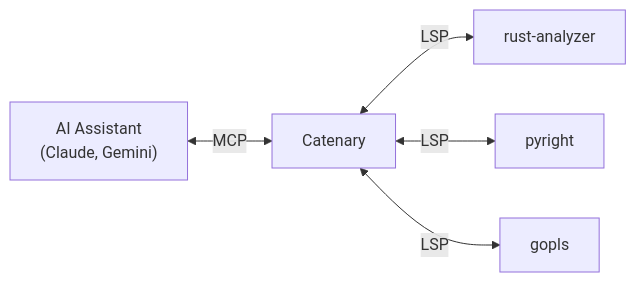
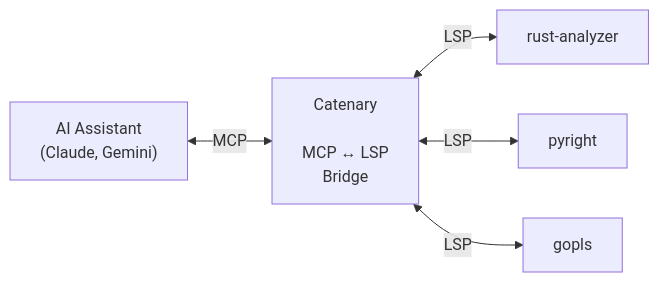
Before and after one commit to MarkWells-Dev/Catenary: the diagram in README.md, drawn with Mermaid.

Commit message:
docs: make Catenary block taller in mermaid diagram

````diff
--- a/README.md
+++ b/README.md
@@ -23,7 +23,7 @@
 ```mermaid
 graph LR
-    A["AI Assistant<br/>(Claude, Gemini)"] <-->|MCP| B[Catenary]
+    A["AI Assistant<br/>(Claude, Gemini)"] <-->|MCP| B["Catenary<br/><br/>MCP ↔ LSP<br/>Bridge"]
     B <-->|LSP| C[rust-analyzer]
     B <-->|LSP| D[pyright]
     B <-->|LSP| E[gopls]
 ```
````
